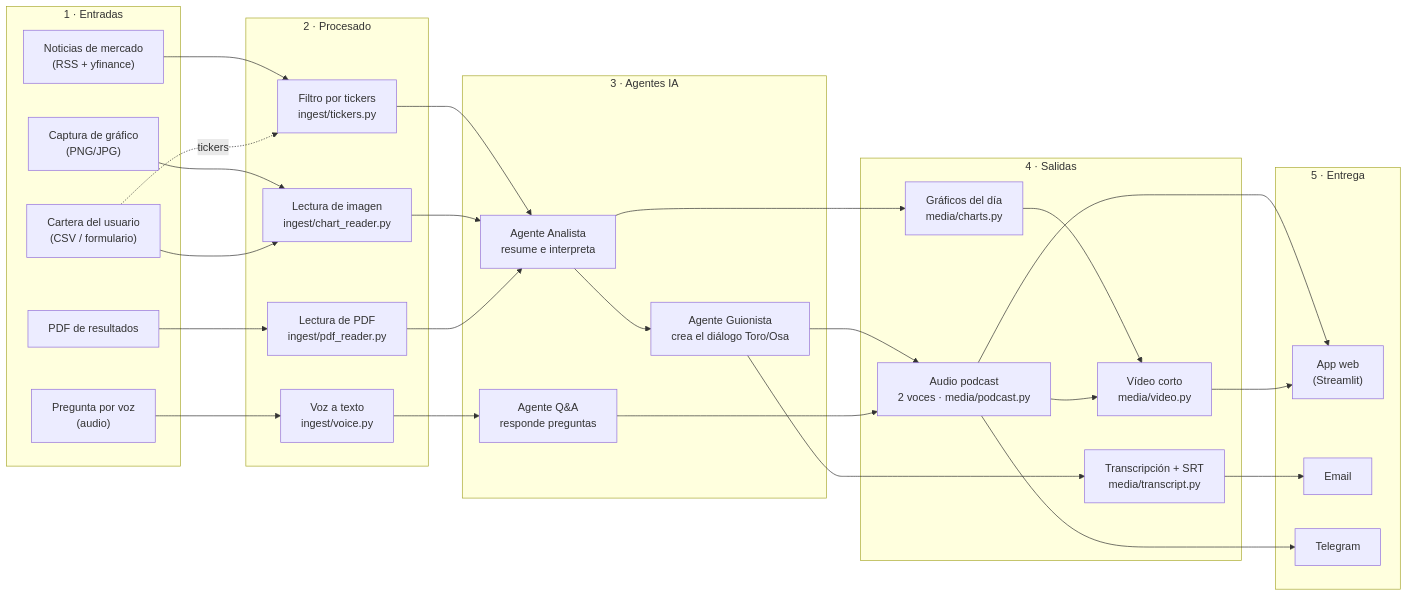
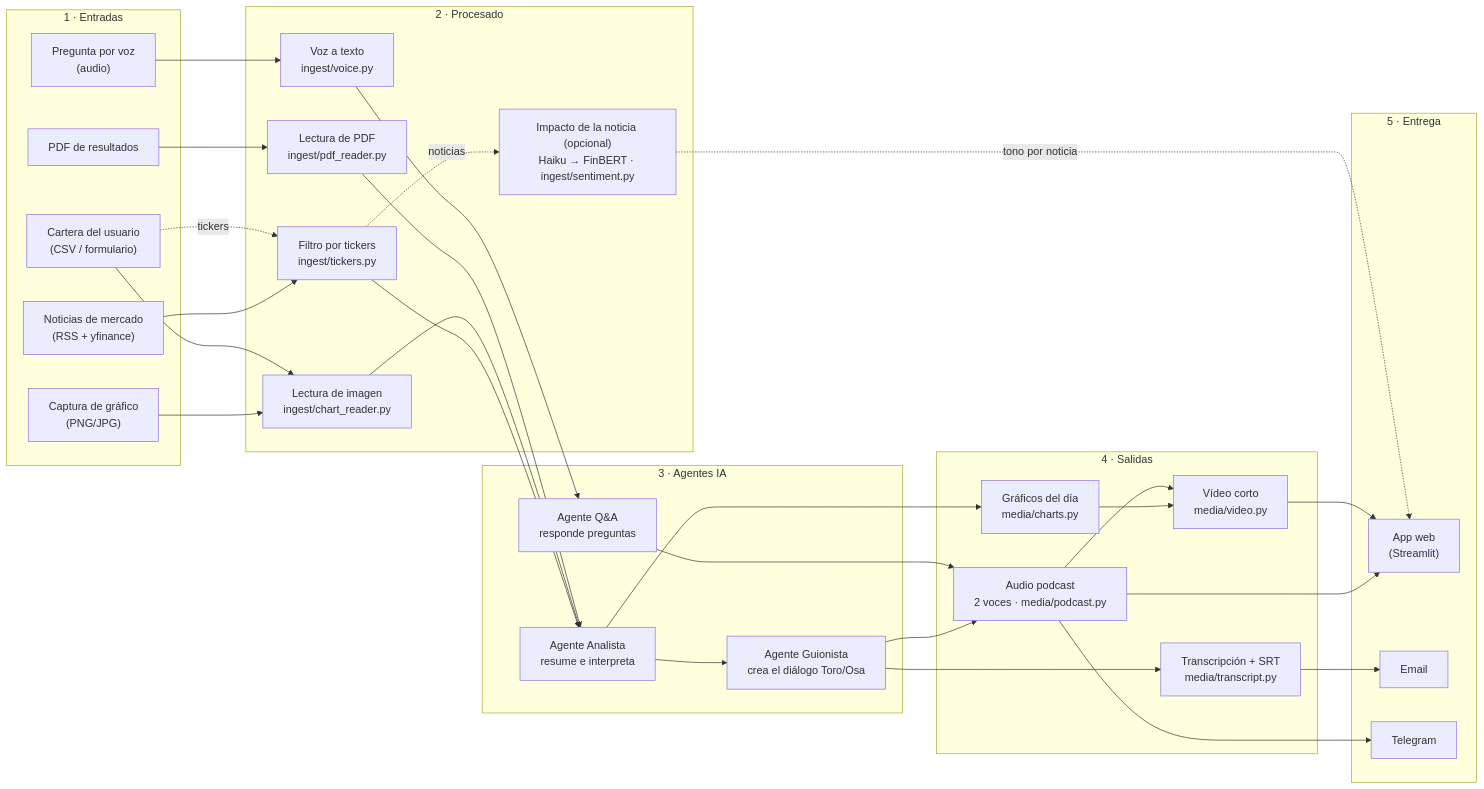
The first of 2 diagrams in README.md (Romequinco/multimodal-market-briefer), drawn with Mermaid before and after one commit. The commit also changed other lines of this file and 7 other files, not shown here.

Commit message:
Documentación: FinBERT integrado, decisión de voces y nuevo briefing pregenerado

````diff
--- a/README.md
+++ b/README.md
@@ -97,61 +101,64 @@
 ```mermaid
 flowchart LR
     subgraph E["1 · Entradas"]
         N["Noticias de mercado<br/>(RSS + yfinance)"]
         G["Captura de gráfico<br/>(PNG/JPG)"]
         C["Cartera del usuario<br/>(CSV / formulario)"]
         P["PDF de resultados"]
         V["Pregunta por voz<br/>(audio)"]
     end
 
     subgraph PR["2 · Procesado"]
         FT["Filtro por tickers<br/>ingest/tickers.py"]
         LI["Lectura de imagen<br/>ingest/chart_reader.py"]
         LP["Lectura de PDF<br/>ingest/pdf_reader.py"]
         VT["Voz a texto<br/>ingest/voice.py"]
+        IM["Impacto de la noticia (opcional)<br/>Haiku → FinBERT · ingest/sentiment.py"]
     end
 
     subgraph AG["3 · Agentes IA"]
         AN["Agente Analista<br/>resume e interpreta"]
         GU["Agente Guionista<br/>crea el diálogo Toro/Osa"]
         QA["Agente Q&A<br/>responde preguntas"]
     end
 
     subgraph S["4 · Salidas"]
         GD["Gráficos del día<br/>media/charts.py"]
         AU["Audio podcast<br/>2 voces · media/podcast.py"]
         TR["Transcripción + SRT<br/>media/transcript.py"]
         VI["Vídeo corto<br/>media/video.py"]
     end
 
     subgraph D["5 · Entrega"]
         W["App web<br/>(Streamlit)"]
         EM["Email"]
         TG["Telegram"]
     end
 
     N --> FT
+    FT -. noticias .-> IM
     G --> LI
     C --> LI
     C -. tickers .-> FT
     P --> LP
     V --> VT
 
     FT --> AN
     LI --> AN
     LP --> AN
     VT --> QA
 
     AN --> GU
     AN --> GD
     GU --> AU
     GU --> TR
     QA --> AU
 
     GD --> VI
     AU --> VI
     AU --> W
     VI --> W
     TR --> EM
+    IM -. tono por noticia .-> W
     AU --> TG
 ```
````
